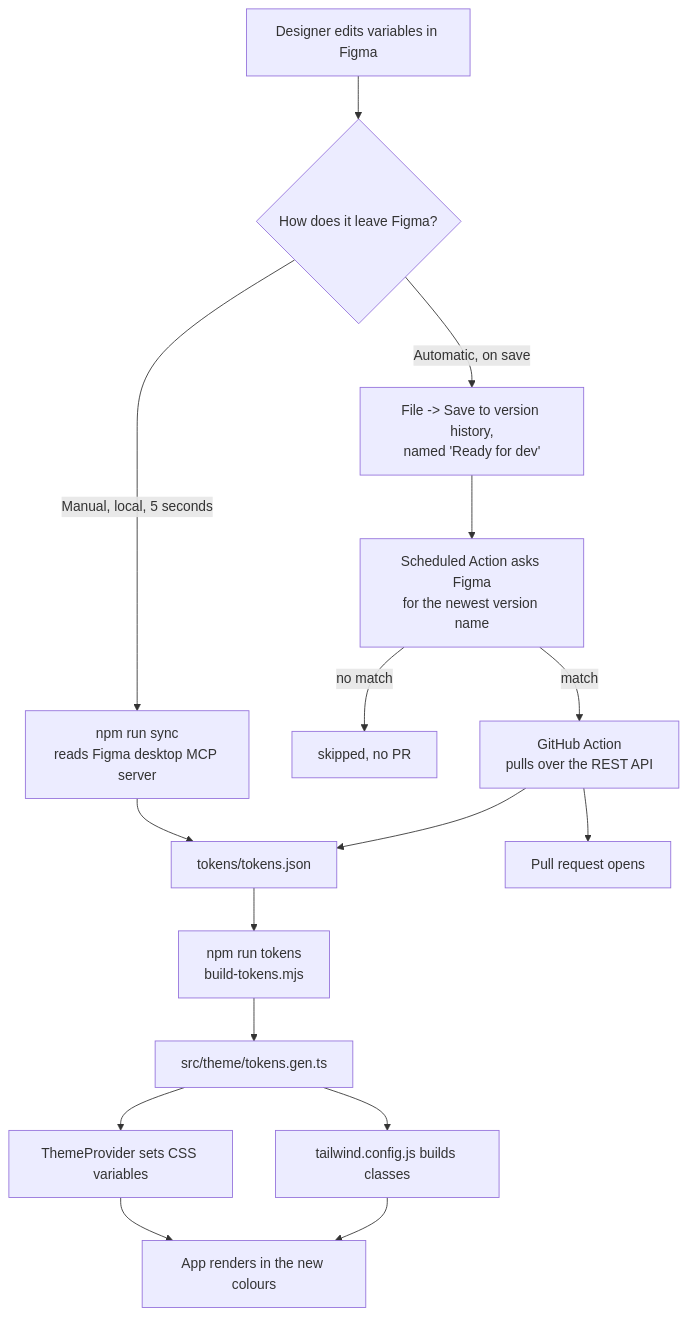
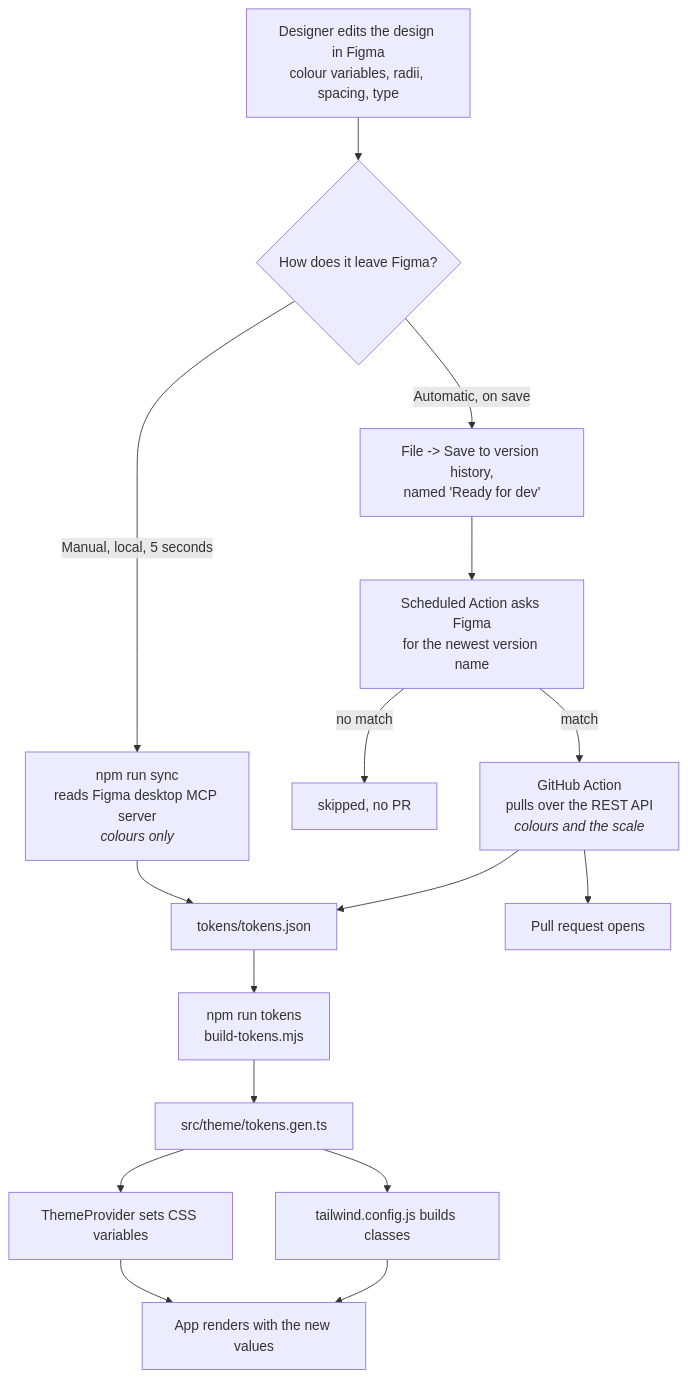
One commit to serhii-kucherenko/expo-figma-tokens changed the third of 5 diagrams in README.md. Above: the diagram before and after it, drawn with Mermaid. The commit also changed other lines of this file, not shown here.

First line of the commit message:
Frame the README around all tokens, not just colours

````diff
--- a/README.md
+++ b/README.md
@@ -78,20 +92,20 @@
 ```mermaid
 flowchart TD
-  A["Designer edits variables in Figma"] --> B{"How does it leave Figma?"}
-  B -->|"Manual, local, 5 seconds"| C["npm run sync<br/>reads Figma desktop MCP server"]
+  A["Designer edits the design in Figma<br/>colour variables, radii, spacing, type"] --> B{"How does it leave Figma?"}
+  B -->|"Manual, local, 5 seconds"| C["npm run sync<br/>reads Figma desktop MCP server<br/><i>colours only</i>"]
   B -->|"Automatic, on save"| D["File -> Save to version history,<br/>named 'Ready for dev'"]
 
   D --> E["Scheduled Action asks Figma<br/>for the newest version name"]
   E -->|"no match"| G["skipped, no PR"]
-  E -->|"match"| I["GitHub Action<br/>pulls over the REST API"]
+  E -->|"match"| I["GitHub Action<br/>pulls over the REST API<br/><i>colours and the scale</i>"]
 
   C --> J["tokens/tokens.json"]
   I --> J
   J --> K["npm run tokens<br/>build-tokens.mjs"]
   K --> L["src/theme/tokens.gen.ts"]
   L --> M["ThemeProvider sets CSS variables"]
   L --> N["tailwind.config.js builds classes"]
-  M --> O["App renders in the new colours"]
+  M --> O["App renders with the new values"]
   N --> O
   I --> P["Pull request opens"]
 ```
````
